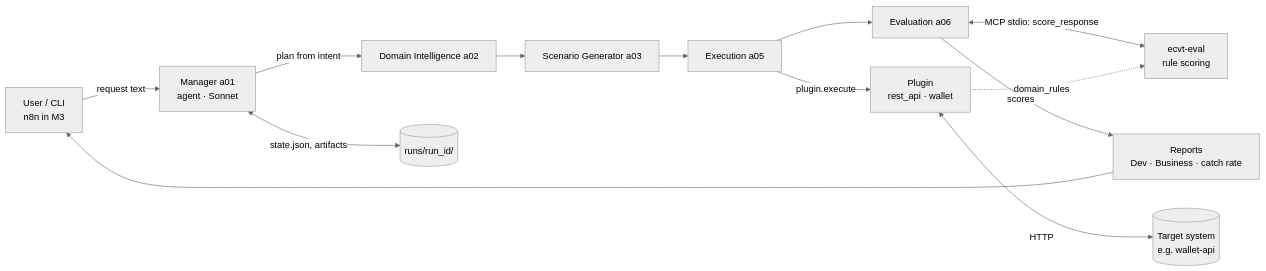
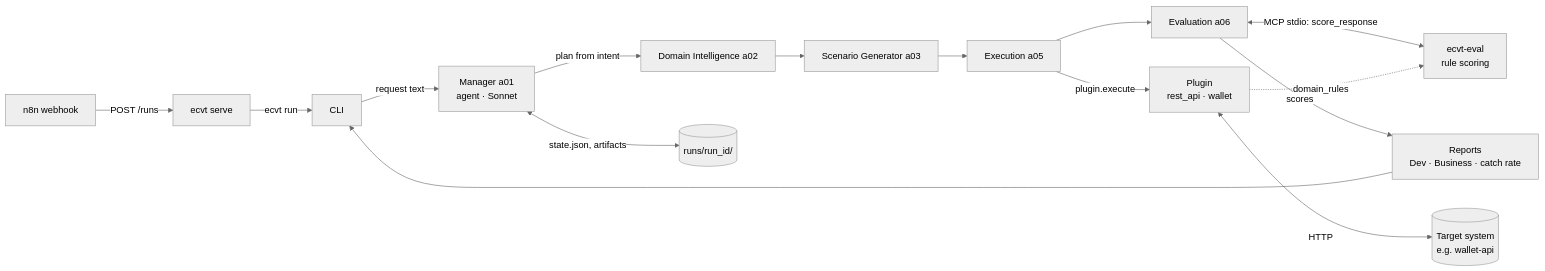
One commit to aozan88/ecvt changed the diagram in docs/02-architecture/architecture.md. Above: the diagram before and after it, drawn with Mermaid (neutral theme). The commit also changed other lines of this file and 11 other files, not shown here.

First line of the commit message:
feat(n8n): webhook triggers an ECVT run via `ecvt serve` (M3-T5)

````diff
--- a/docs/02-architecture/architecture.md
+++ b/docs/02-architecture/architecture.md
@@ -11,15 +11,17 @@
 ```mermaid
 flowchart LR
-    U[User / CLI<br/>n8n in M3] -->|request text| M[Manager a01<br/>agent · Sonnet]
+    N[n8n webhook] -->|POST /runs| TS[ecvt serve]
+    TS -->|ecvt run| U
+    U[CLI] -->|request text| M[Manager a01<br/>agent · Sonnet]
     M -->|plan from intent| DI[Domain Intelligence a02]
     DI --> SG[Scenario Generator a03]
     SG --> EX[Execution a05]
     EX --> EV[Evaluation a06]
     EV <-->|MCP stdio: score_response| ES[ecvt-eval<br/>rule scoring]
     EX -->|plugin.execute| P[Plugin<br/>rest_api · wallet]
     P <-->|HTTP| T[(Target system<br/>e.g. wallet-api)]
     P -.->|domain_rules| ES
     M <-->|state.json, artifacts| R[(runs/run_id/)]
     EV -->|scores| RP[Reports<br/>Dev · Business · catch rate]
     RP --> U
 ```
````
